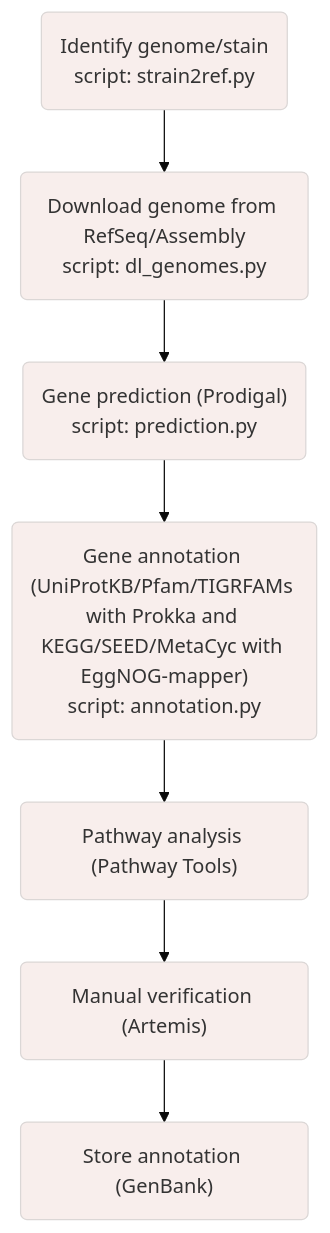
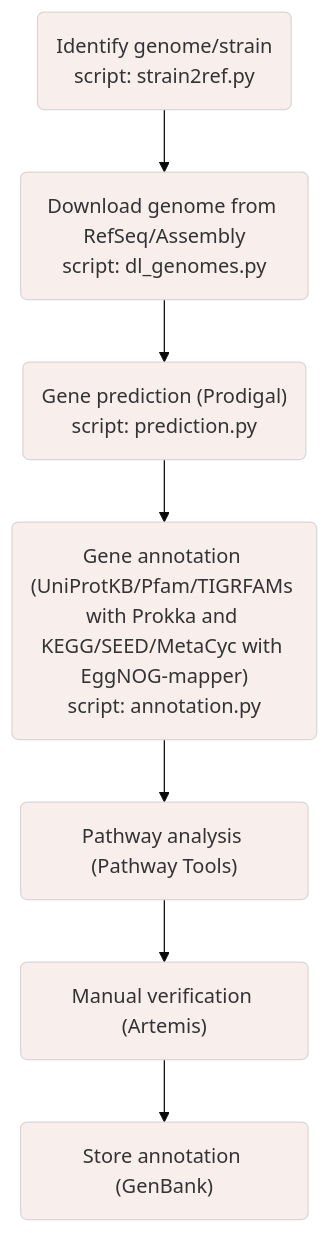
One commit to MaximeNaour/GenoTools changed the diagram in README.md. Above: the diagram before and after it, drawn with Mermaid.

````diff
--- a/README.md
+++ b/README.md
@@ -14,16 +14,16 @@
 ```mermaid
 %%{init: {'theme': 'base', 'themeVariables': { 'primaryColor': '#f8eeec', 'edgeLabelBackground':'#ffffff'}}}%%
 
 flowchart TB;
 linkStyle default interpolate basis
 classDef exClass font-style:bold;
 classDef exClass font-size:16px;
 
-A("<font size=3>Identify genome/stain<br>script: strain2ref.py") --> B("<font size=3>Download genome from RefSeq/Assembly<br>script: dl_genomes.py");
+A("<font size=3>Identify genome/strain<br>script: strain2ref.py") --> B("<font size=3>Download genome from RefSeq/Assembly<br>script: dl_genomes.py");
 B --> C("<font size=3>Gene prediction (Prodigal)<br>script: prediction.py");
 C --> D("<font size=3>Gene annotation (UniProtKB/Pfam/TIGRFAMs with Prokka and KEGG/SEED/MetaCyc with EggNOG-mapper)<br>script: annotation.py");
 D --> E("<font size=3>Pathway analysis (Pathway Tools)");
 E --> F("<font size=3>Manual verification (Artemis)");
 F --> G("<font size=3>Store annotation (GenBank)");
 
 ```
````
